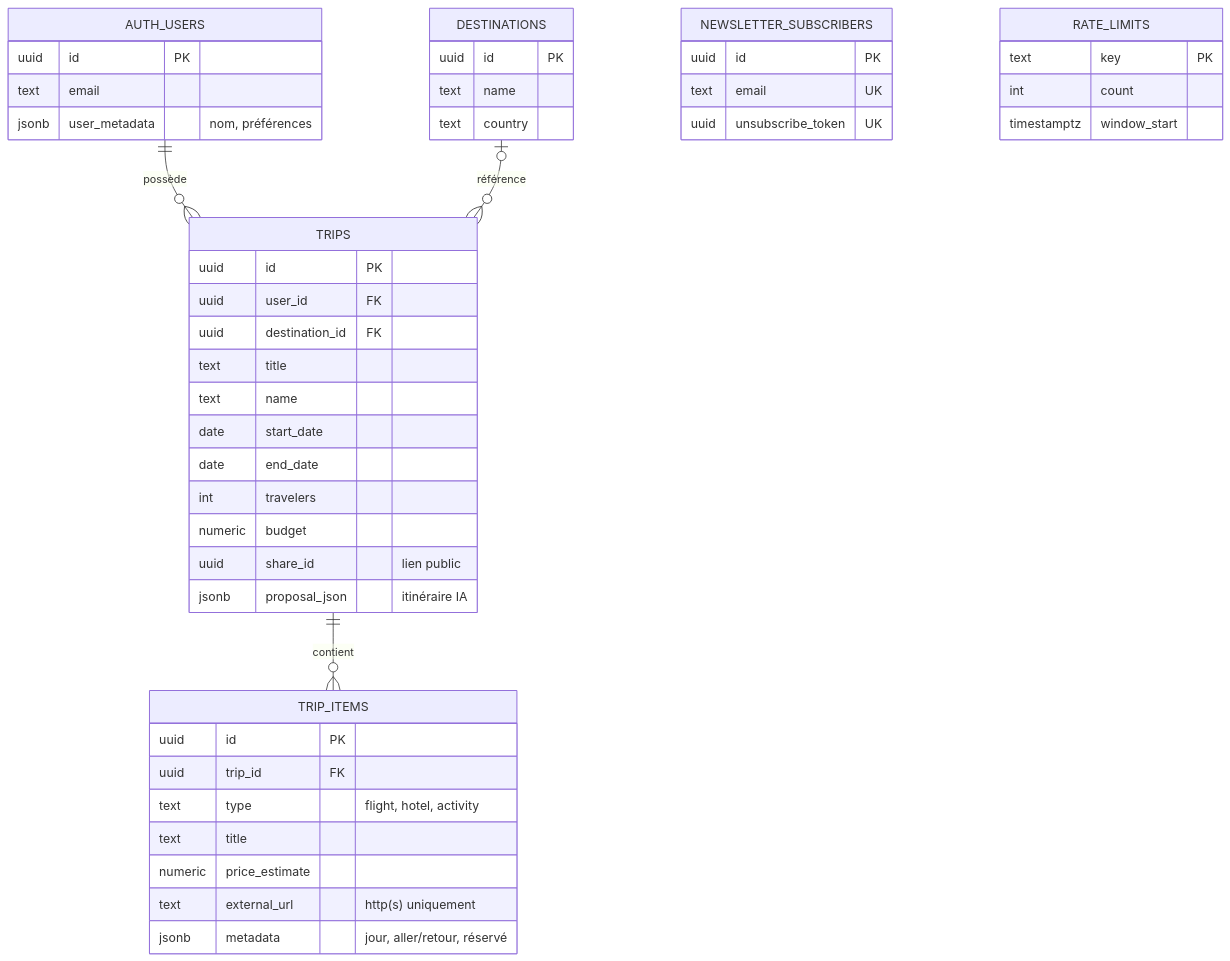
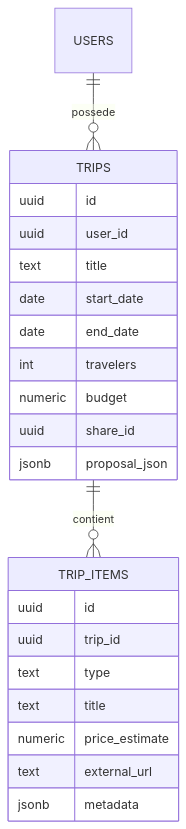
One commit to Othmanebke/O-Flyes changed the third of 4 diagrams in docs/ARCHITECTURE.md. Above: the diagram before and after it, drawn with Mermaid. The commit also changed other lines of this file and 3 other files, not shown here.

````diff
--- a/docs/ARCHITECTURE.md
+++ b/docs/ARCHITECTURE.md
@@ -157,48 +137,25 @@
 ```mermaid
 erDiagram
-    AUTH_USERS ||--o{ TRIPS : "possède"
-    TRIPS ||--o{ TRIP_ITEMS : "contient"
-    DESTINATIONS |o--o{ TRIPS : "référence"
-    AUTH_USERS {
-        uuid id PK
-        text email
-        jsonb user_metadata "nom, préférences"
-    }
+    USERS ||--o{ TRIPS : possede
+    TRIPS ||--o{ TRIP_ITEMS : contient
     TRIPS {
-        uuid id PK
-        uuid user_id FK
-        uuid destination_id FK
+        uuid id
+        uuid user_id
         text title
-        text name
         date start_date
         date end_date
         int travelers
         numeric budget
-        uuid share_id "lien public"
-        jsonb proposal_json "itinéraire IA"
+        uuid share_id
+        jsonb proposal_json
     }
     TRIP_ITEMS {
-        uuid id PK
-        uuid trip_id FK
-        text type "flight, hotel, activity"
+        uuid id
+        uuid trip_id
+        text type
         text title
         numeric price_estimate
-        text external_url "http(s) uniquement"
-        jsonb metadata "jour, aller/retour, réservé"
-    }
-    DESTINATIONS {
-        uuid id PK
-        text name
-        text country
-    }
-    NEWSLETTER_SUBSCRIBERS {
-        uuid id PK
-        text email UK
-        uuid unsubscribe_token UK
-    }
-    RATE_LIMITS {
-        text key PK
-        int count
-        timestamptz window_start
+        text external_url
+        jsonb metadata
     }
 ```
````
